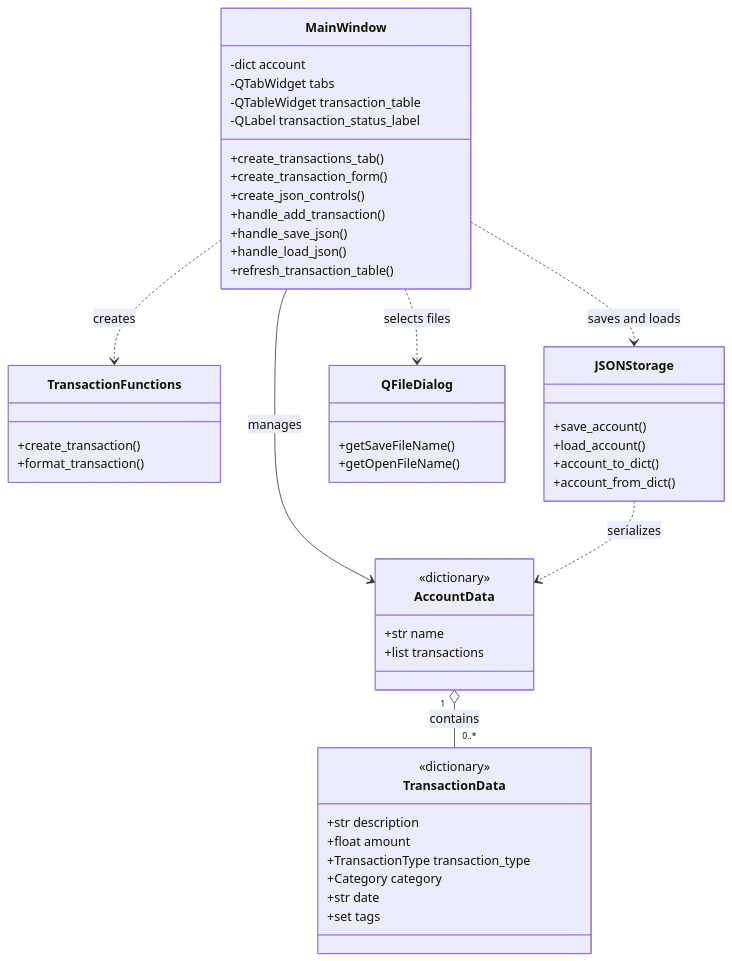
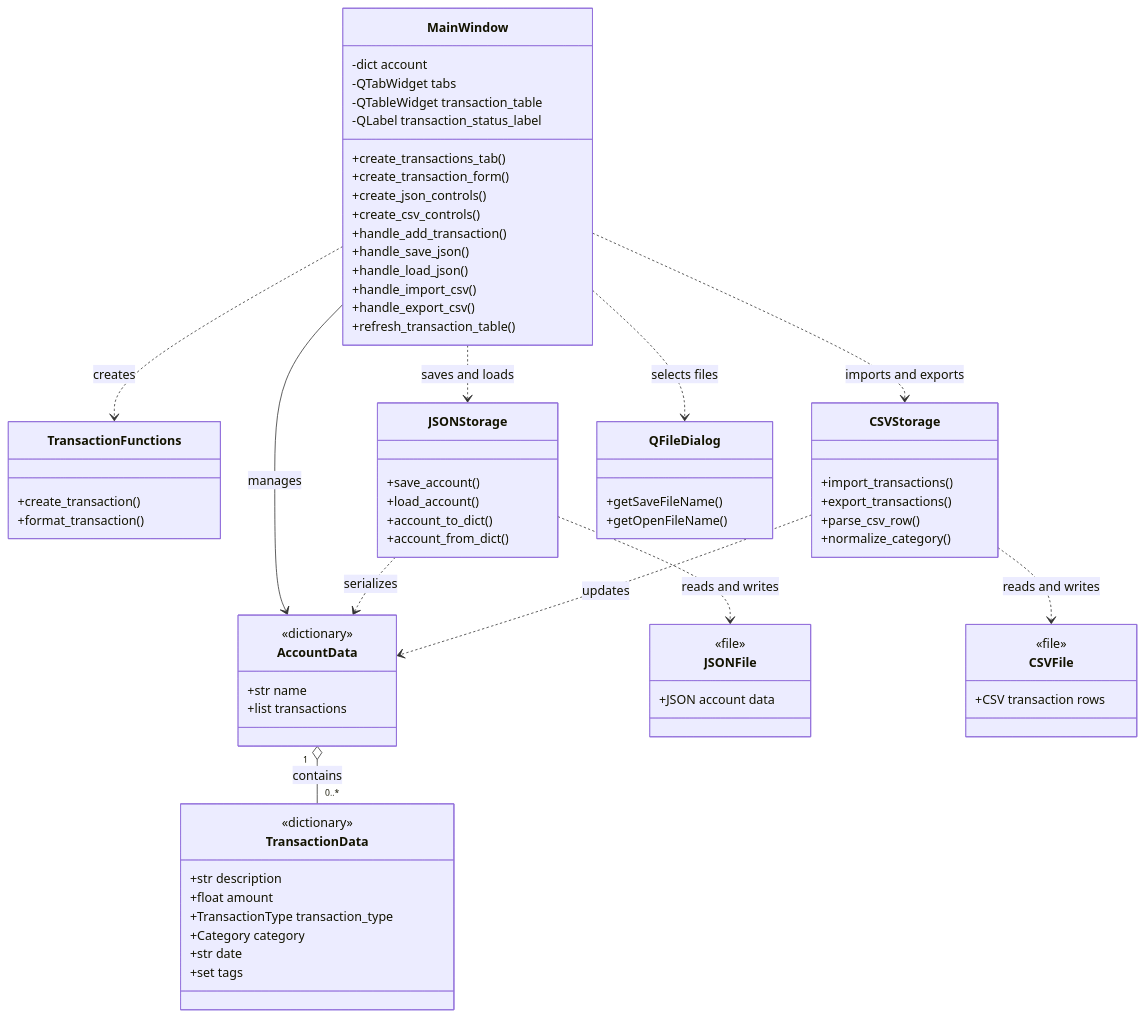
The sixth of 6 diagrams in README.md (degenhardtmuc-ui/personal_finance_tracker), drawn with Mermaid before and after one commit. The commit also changed other lines of this file, not shown here.

First line of the commit message:
Document Phase 4D CSV GUI integration

````diff
--- a/README.md
+++ b/README.md
@@ -844,58 +937,82 @@
 ```mermaid
 classDiagram
     direction TB
 
     class MainWindow {
         -dict account
         -QTabWidget tabs
         -QTableWidget transaction_table
         -QLabel transaction_status_label
         +create_transactions_tab()
         +create_transaction_form()
         +create_json_controls()
+        +create_csv_controls()
         +handle_add_transaction()
         +handle_save_json()
         +handle_load_json()
+        +handle_import_csv()
+        +handle_export_csv()
         +refresh_transaction_table()
     }
 
     class AccountData {
         <<dictionary>>
         +str name
         +list transactions
     }
 
     class TransactionData {
         <<dictionary>>
         +str description
         +float amount
         +TransactionType transaction_type
         +Category category
         +str date
         +set tags
     }
 
     class TransactionFunctions {
         +create_transaction()
         +format_transaction()
     }
 
     class JSONStorage {
         +save_account()
         +load_account()
         +account_to_dict()
         +account_from_dict()
     }
 
+    class CSVStorage {
+        +import_transactions()
+        +export_transactions()
+        +parse_csv_row()
+        +normalize_category()
+    }
+
     class QFileDialog {
         +getSaveFileName()
         +getOpenFileName()
+    }
+
+    class JSONFile {
+        <<file>>
+        +JSON account data
+    }
+
+    class CSVFile {
+        <<file>>
+        +CSV transaction rows
     }
 
     AccountData "1" o-- "0..*" TransactionData : contains
     MainWindow --> AccountData : manages
     MainWindow ..> TransactionFunctions : creates
     MainWindow ..> JSONStorage : saves and loads
+    MainWindow ..> CSVStorage : imports and exports
     MainWindow ..> QFileDialog : selects files
     JSONStorage ..> AccountData : serializes
+    JSONStorage ..> JSONFile : reads and writes
+    CSVStorage ..> AccountData : updates
+    CSVStorage ..> CSVFile : reads and writes
 ```
````
